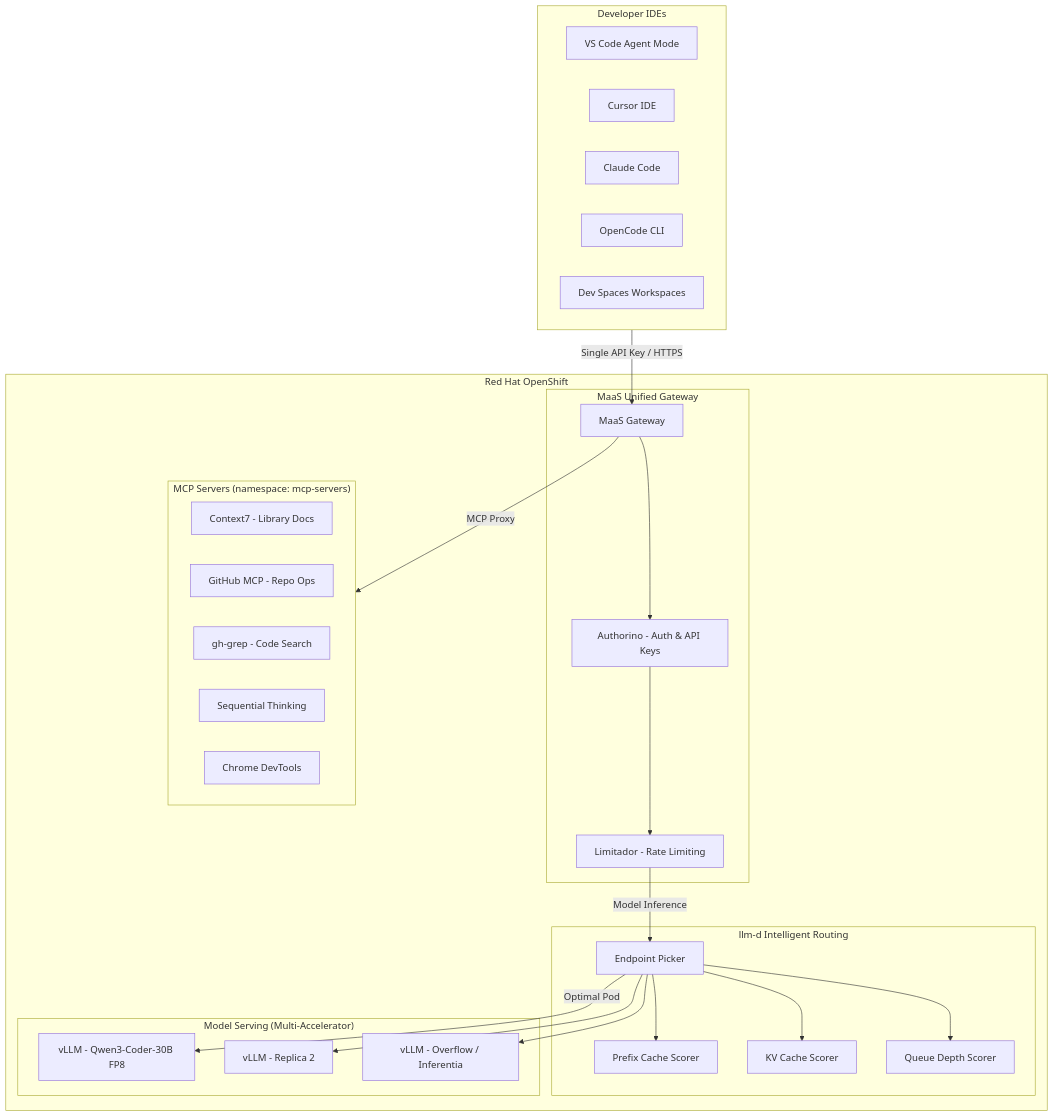
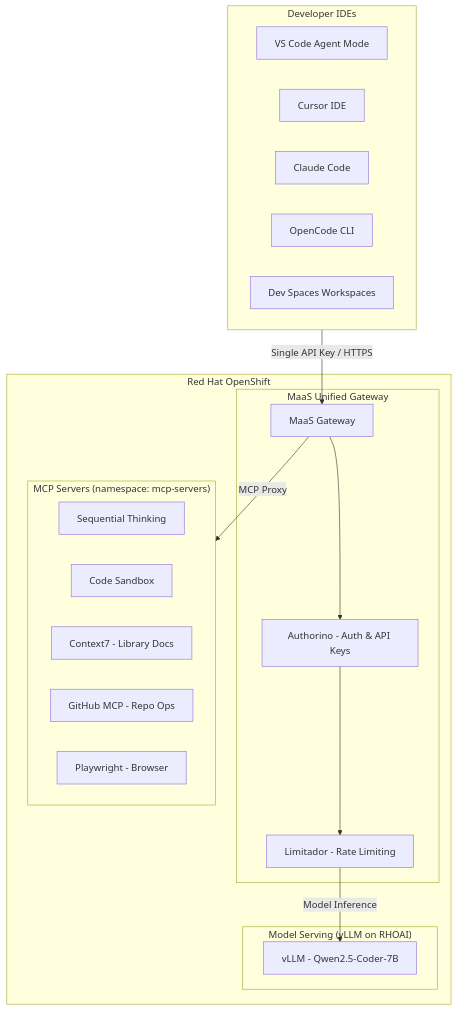
Before and after one commit to hyogrin/rhoai-coding-assistant-lab: the first of 2 diagrams in README.md, drawn with Mermaid. The commit also changed other lines of this file and 78 other files, not shown here.

````diff
--- a/README.md
+++ b/README.md
@@ -7,51 +7,36 @@
 ```mermaid
 flowchart TB
     subgraph IDE["Developer IDEs"]
         VSCode[VS Code Agent Mode]
         Cursor[Cursor IDE]
         ClaudeCode[Claude Code]
         OpenCode[OpenCode CLI]
         DevSpaces[Dev Spaces Workspaces]
     end
 
     subgraph OCP["Red Hat OpenShift"]
         subgraph MaaS["MaaS Unified Gateway"]
             Gateway[MaaS Gateway]
             Auth[Authorino - Auth & API Keys]
             RateLimit[Limitador - Rate Limiting]
         end
 
         subgraph MCP["MCP Servers (namespace: mcp-servers)"]
+            SeqThink[Sequential Thinking]
+            CodeSandbox[Code Sandbox]
             Context7[Context7 - Library Docs]
             GitHub[GitHub MCP - Repo Ops]
-            GHGrep[gh-grep - Code Search]
-            SeqThink[Sequential Thinking]
-            Chrome[Chrome DevTools]
+            Playwright[Playwright - Browser]
         end
 
-        subgraph LLMd["llm-d Intelligent Routing"]
-            EPP[Endpoint Picker]
-            PrefixScorer[Prefix Cache Scorer]
-            KVScorer[KV Cache Scorer]
-            QueueScorer[Queue Depth Scorer]
-        end
-
-        subgraph Inference["Model Serving (Multi-Accelerator)"]
-            vLLM1[vLLM - Qwen3-Coder-30B FP8]
-            vLLM2[vLLM - Replica 2]
-            vLLM3[vLLM - Overflow / Inferentia]
+        subgraph Inference["Model Serving (vLLM on RHOAI)"]
+            vLLM1[vLLM - Qwen2.5-Coder-7B]
         end
     end
 
     IDE -->|Single API Key / HTTPS| Gateway
     Gateway --> Auth
     Auth --> RateLimit
-    RateLimit -->|Model Inference| EPP
-    EPP --> PrefixScorer
-    EPP --> KVScorer
-    EPP --> QueueScorer
-    EPP -->|Optimal Pod| vLLM1
-    EPP --> vLLM2
-    EPP --> vLLM3
+    RateLimit -->|Model Inference| vLLM1
     Gateway -->|MCP Proxy| MCP
 ```
````
